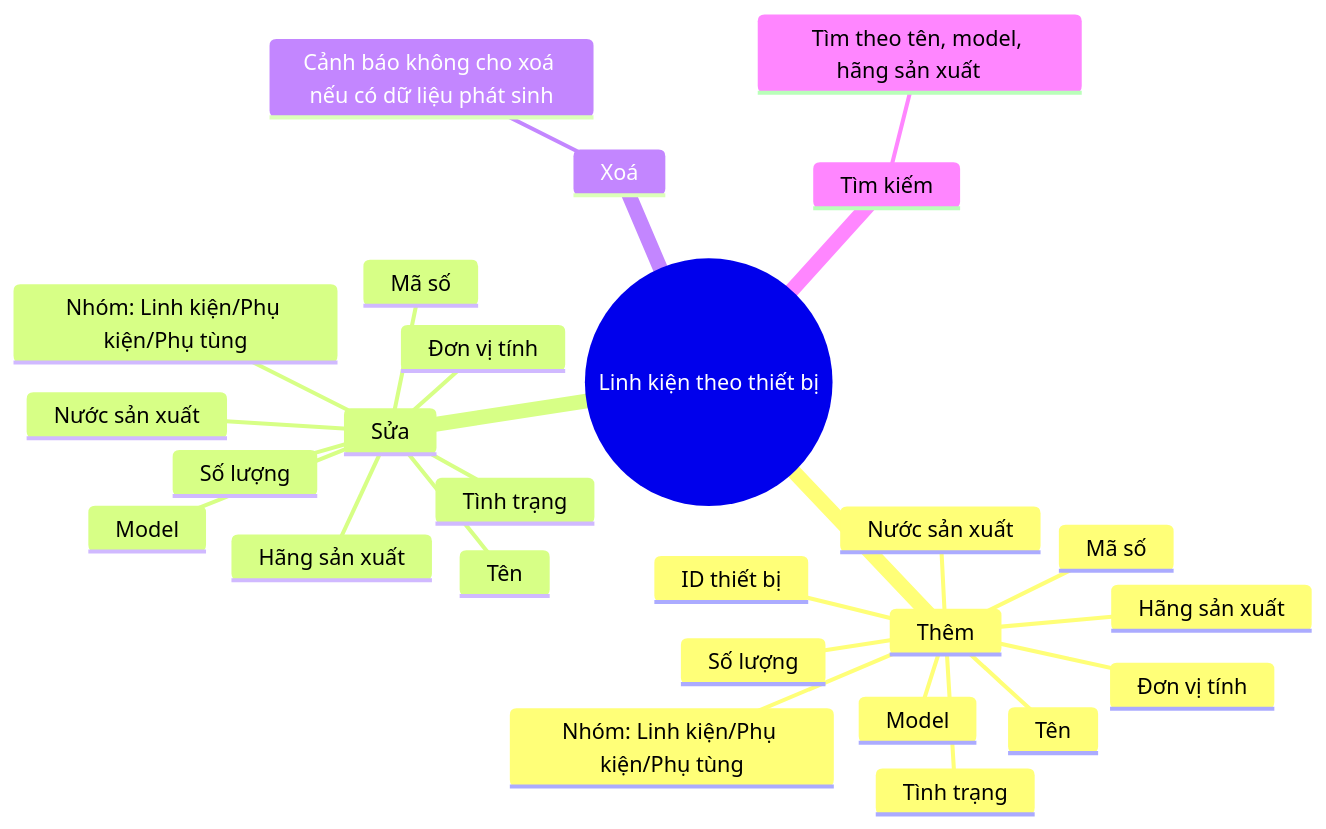
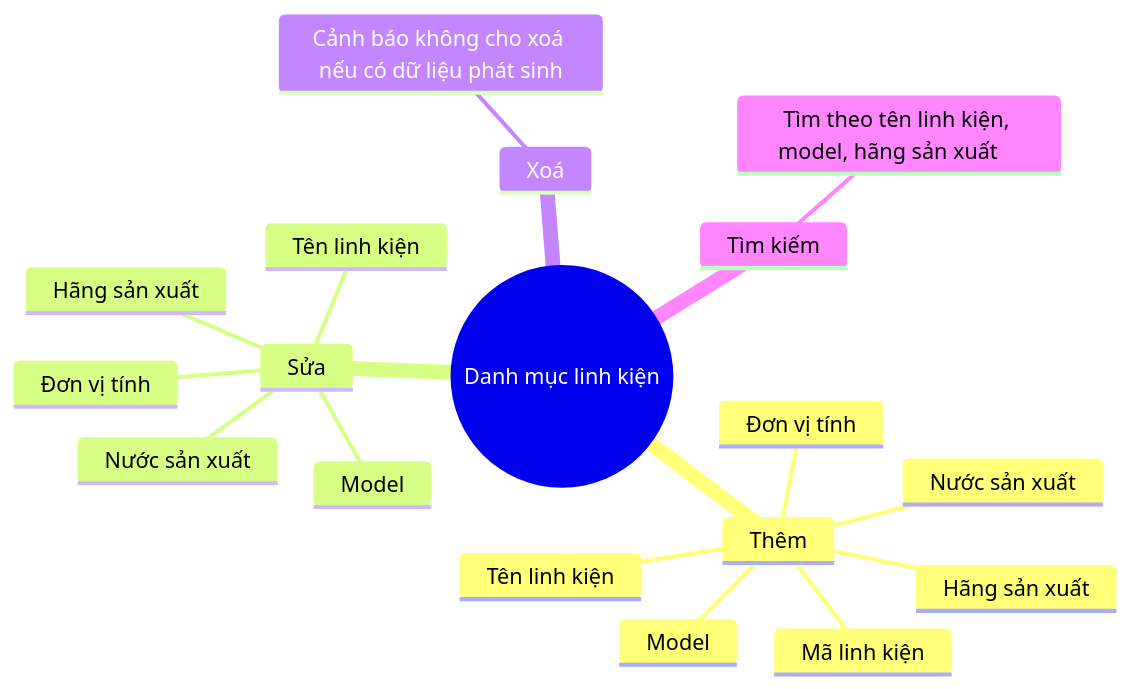
The diagram in mindmap-EquipmentParts.md (nthanhdo/mems-brainstorm), drawn with Mermaid before and after one commit.

````diff
--- a/mindmap-EquipmentParts.md
+++ b/mindmap-EquipmentParts.md
@@ -1,29 +1,21 @@
 ```mermaid
 mindmap
-  root((Linh kiện theo thiết bị))
+  root((Danh mục linh kiện))
       Thêm
-        ID thiết bị
-        Mã số
-        Tên 
+        Mã linh kiện
+        Tên linh kiện
         Đơn vị tính
-        Nhóm: Linh kiện/Phụ kiện/Phụ tùng
         Model
         Hãng sản xuất
         Nước sản xuất
-        Số lượng
-        Tình trạng
       Sửa
-        Mã số
-        Tên 
+        Tên linh kiện
         Đơn vị tính
-        Nhóm: Linh kiện/Phụ kiện/Phụ tùng
         Model
         Hãng sản xuất
         Nước sản xuất
-        Số lượng
-        Tình trạng
       Xoá
         Cảnh báo không cho xoá nếu có dữ liệu phát sinh
       Tìm kiếm
-        Tìm theo tên, model, hãng sản xuất    
+        Tìm theo tên linh kiện, model, hãng sản xuất    
 ```
````
